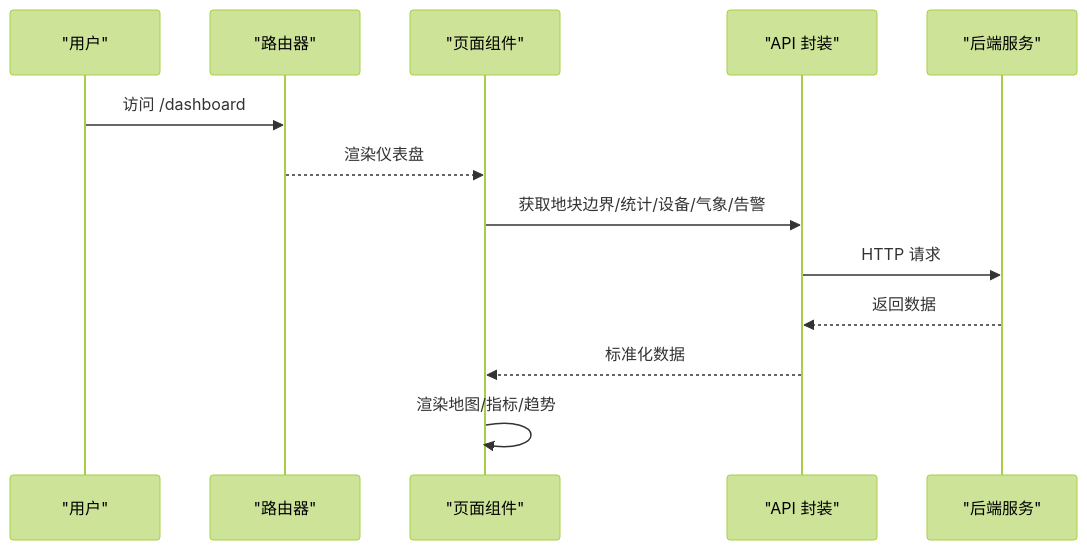
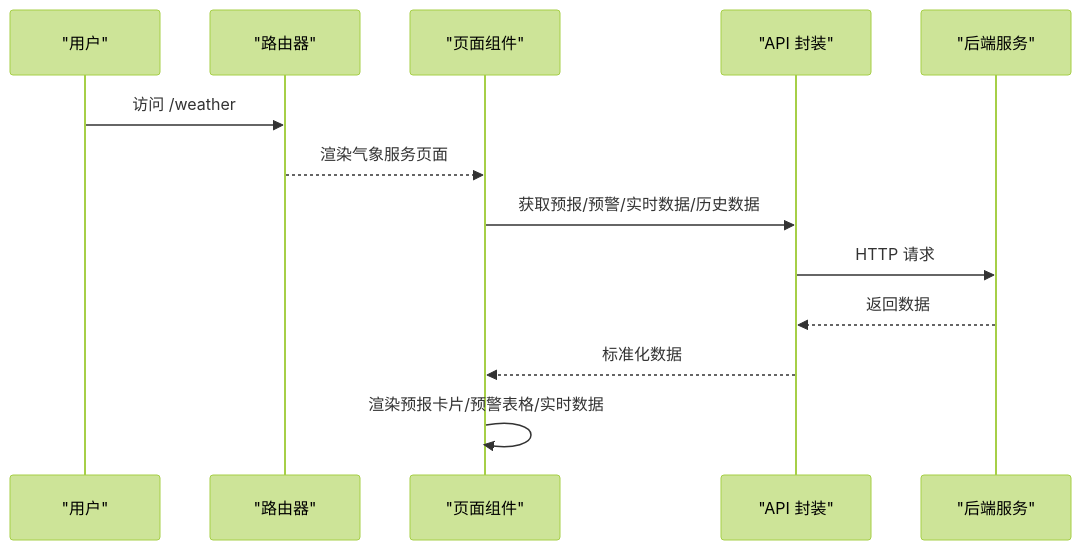
The second of 9 diagrams in .qoder/repowiki/zh/content/前端应用文档/核心页面/核心页面.md (q446328246/agri-platform), drawn with Mermaid (forest theme) before and after one commit. The commit also changed other lines of this file and 40 other files, not shown here.

````diff
--- a/.qoder/repowiki/zh/content/前端应用文档/核心页面/核心页面.md
+++ b/.qoder/repowiki/zh/content/前端应用文档/核心页面/核心页面.md
@@ -110,15 +124,15 @@
 ```mermaid
 sequenceDiagram
 participant U as "用户"
 participant R as "路由器"
 participant V as "页面组件"
 participant A as "API 封装"
 participant S as "后端服务"
-U->>R : 访问 /dashboard
-R-->>V : 渲染仪表盘
-V->>A : 获取地块边界/统计/设备/气象/告警
+U->>R : 访问 /weather
+R-->>V : 渲染气象服务页面
+V->>A : 获取预报/预警/实时数据/历史数据
 A->>S : HTTP 请求
 S-->>A : 返回数据
 A-->>V : 标准化数据
-V->>V : 渲染地图/指标/趋势
+V->>V : 渲染预报卡片/预警表格/实时数据
 ```
````
